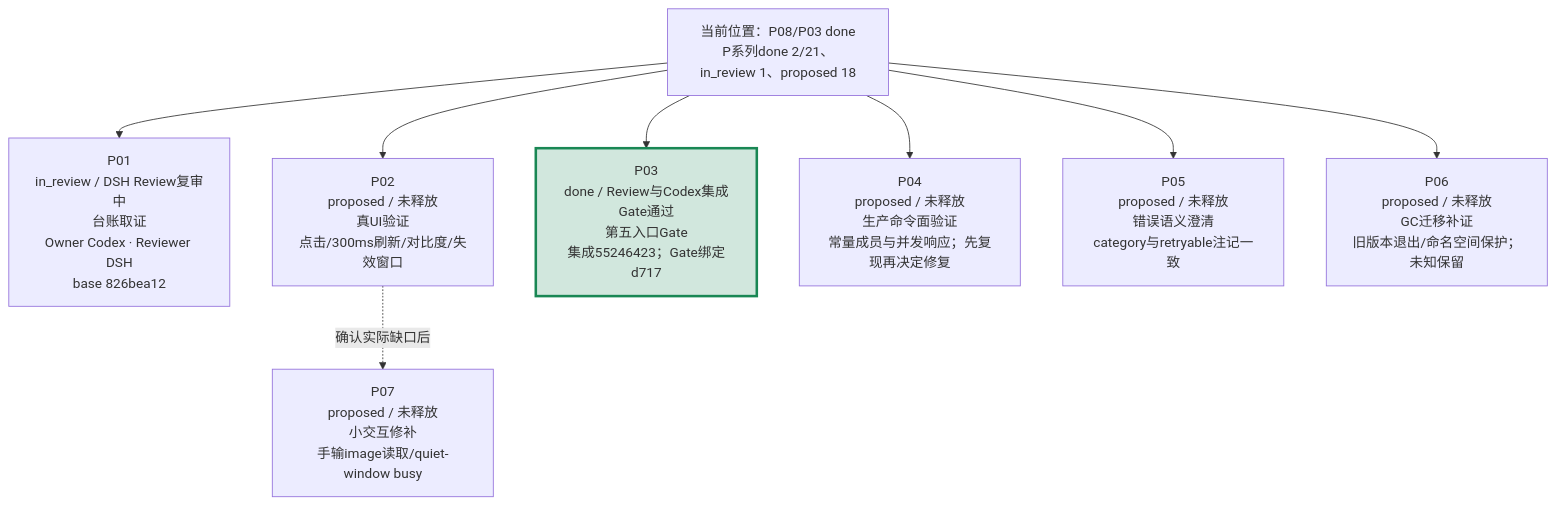
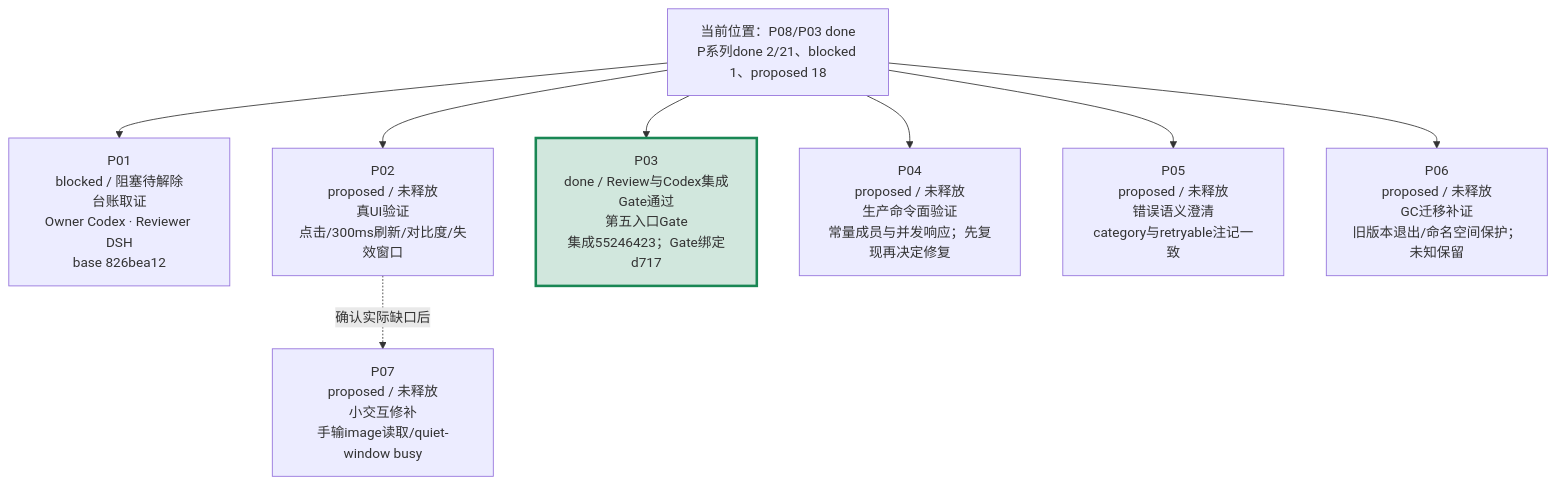
The second of 4 diagrams in verification/PROJECT-ROADMAP-20261008/ROADMAP.md (peakwheat-pixel/New-Manga), drawn with Mermaid before and after one commit. The commit also changed other lines of this file and 18 other files, not shown here.

Commit message:
docs(p01): checkpoint blocked r1 review

````diff
--- a/verification/PROJECT-ROADMAP-20261008/ROADMAP.md
+++ b/verification/PROJECT-ROADMAP-20261008/ROADMAP.md
@@ -30,11 +30,11 @@
 ```mermaid
 flowchart TB
-  BASE["当前位置：P08/P03 done<br/>P系列done 2/21、in_review 1、proposed 18"] --> P01["P01<br/>in_review / DSH Review复审中<br/>台账取证<br/>Owner Codex · Reviewer DSH<br/>base 826bea12"]
+  BASE["当前位置：P08/P03 done<br/>P系列done 2/21、blocked 1、proposed 18"] --> P01["P01<br/>blocked / 阻塞待解除<br/>台账取证<br/>Owner Codex · Reviewer DSH<br/>base 826bea12"]
   BASE --> P02["P02<br/>proposed / 未释放<br/>真UI验证<br/>点击/300ms刷新/对比度/失效窗口"]
   BASE --> P03["P03<br/>done / Review与Codex集成Gate通过<br/>第五入口Gate<br/>集成55246423；Gate绑定d717"]
   BASE --> P04["P04<br/>proposed / 未释放<br/>生产命令面验证<br/>常量成员与并发响应；先复现再决定修复"]
   BASE --> P05["P05<br/>proposed / 未释放<br/>错误语义澄清<br/>category与retryable注记一致"]
   BASE --> P06["P06<br/>proposed / 未释放<br/>GC迁移补证<br/>旧版本退出/命名空间保护；未知保留"]
   P02 -. "确认实际缺口后" .-> P07["P07<br/>proposed / 未释放<br/>小交互修补<br/>手输image读取/quiet-window busy"]
   style P03 fill:#d1e7dd,stroke:#198754,stroke-width:3px
 ```
````
